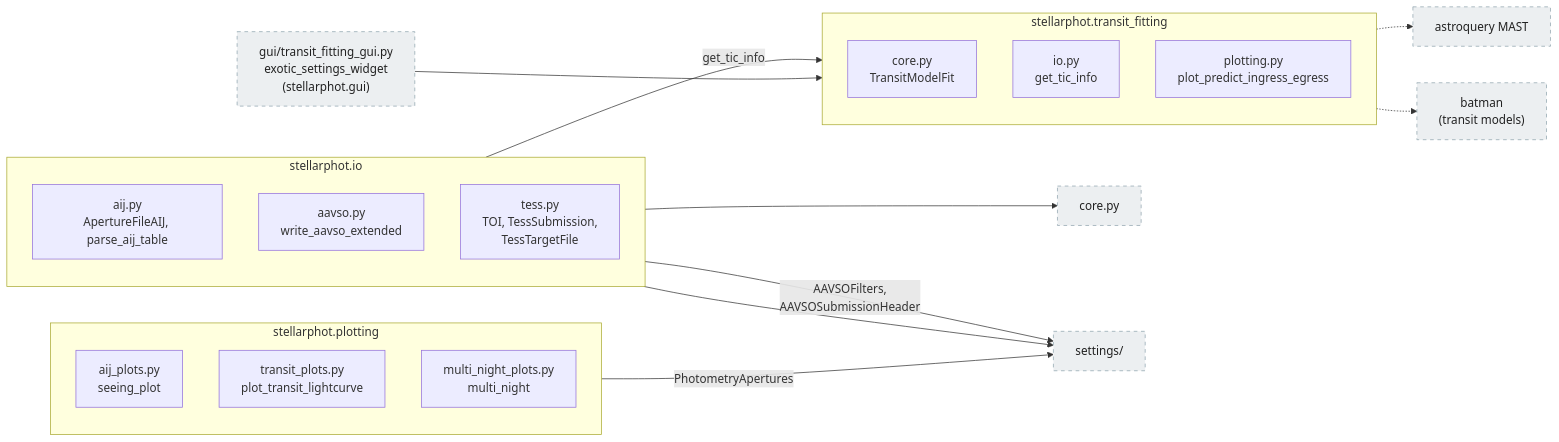
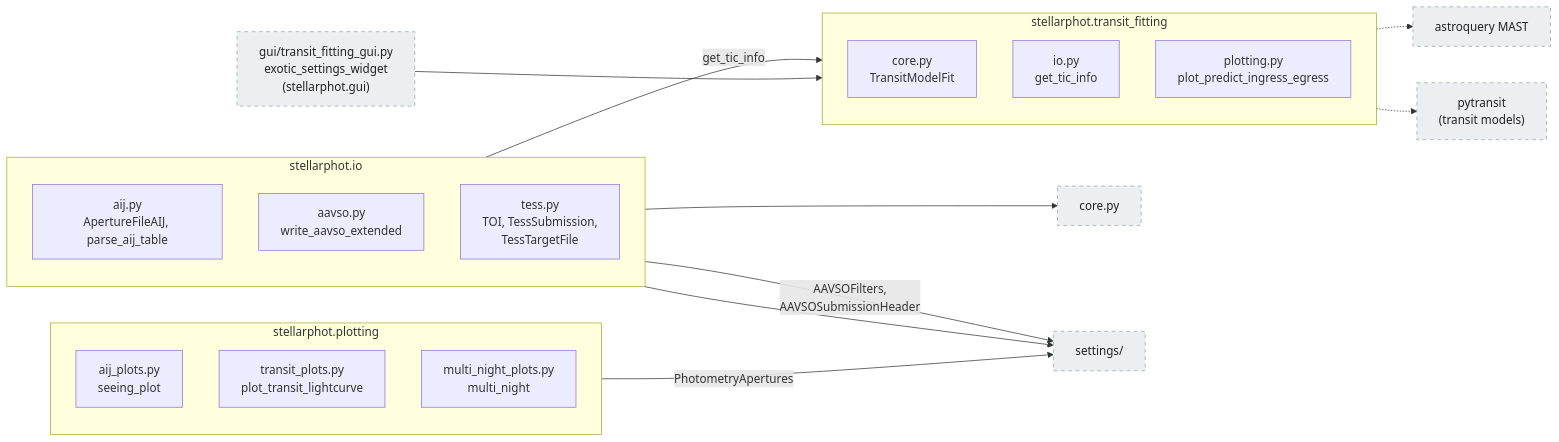
One commit to feder-observatory/stellarphot changed the fifth of 5 diagrams in docs/diagrams-01-package-overview.md. Above: the diagram before and after it, drawn with Mermaid. The commit also changed other lines of this file and 12 other files, not shown here.

First line of the commit message:
Replace batman-package with pytransit for transit fitting

````diff
--- a/docs/diagrams-01-package-overview.md
+++ b/docs/diagrams-01-package-overview.md
@@ -367,52 +367,52 @@
 ```mermaid
 flowchart LR
     classDef external fill:#eceff1,stroke:#90a4ae,stroke-dasharray: 5 5,color:#212121
 
     subgraph sg_io["stellarphot.io"]
         direction TB
         aij_py["aij.py<br/>ApertureFileAIJ, parse_aij_table"]
         aavso_py["aavso.py<br/>write_aavso_extended"]
         tess_py["tess.py<br/>TOI, TessSubmission,<br/>TessTargetFile"]
     end
 
     subgraph sg_tf["stellarphot.transit_fitting"]
         direction TB
         tf_core["core.py<br/>TransitModelFit"]
         tf_io["io.py<br/>get_tic_info"]
         tf_plot["plotting.py<br/>plot_predict_ingress_egress"]
     end
 
     tf_gui["gui/transit_fitting_gui.py<br/>exotic_settings_widget<br/>(stellarphot.gui)"]:::external
 
     subgraph sg_plot["stellarphot.plotting"]
         direction TB
         aijplots_py["aij_plots.py<br/>seeing_plot"]
         transitplots_py["transit_plots.py<br/>plot_transit_lightcurve"]
         multinight_py["multi_night_plots.py<br/>multi_night"]
     end
 
     core_ext["core.py"]:::external
     settings_ext["settings/"]:::external
-    batman_ext["batman<br/>(transit models)"]:::external
+    batman_ext["pytransit<br/>(transit models)"]:::external
     mast_ext["astroquery MAST"]:::external
 
     tess_py -->|"get_tic_info"| tf_io
     tess_py --> core_ext
     tess_py --> settings_ext
     aavso_py -->|"AAVSOFilters,<br/>AAVSOSubmissionHeader"| settings_ext
     tf_gui --> tf_io
     tf_io -.-> mast_ext
     tf_core -.-> batman_ext
     aijplots_py -->|"PhotometryApertures"| settings_ext
 
     click aij_py href "../stellarphot/io/aij.py" "io/aij.py"
     click aavso_py href "../stellarphot/io/aavso.py" "io/aavso.py"
     click tess_py href "../stellarphot/io/tess.py" "io/tess.py"
     click tf_core href "../stellarphot/transit_fitting/core.py" "transit_fitting/core.py"
     click tf_gui href "../stellarphot/gui/transit_fitting_gui.py" "gui/transit_fitting_gui.py"
     click tf_io href "../stellarphot/transit_fitting/io.py" "transit_fitting/io.py"
     click tf_plot href "../stellarphot/transit_fitting/plotting.py" "transit_fitting/plotting.py"
     click aijplots_py href "../stellarphot/plotting/aij_plots.py" "plotting/aij_plots.py"
     click transitplots_py href "../stellarphot/plotting/transit_plots.py" "plotting/transit_plots.py"
     click multinight_py href "../stellarphot/plotting/multi_night_plots.py" "plotting/multi_night_plots.py"
 ```
````
